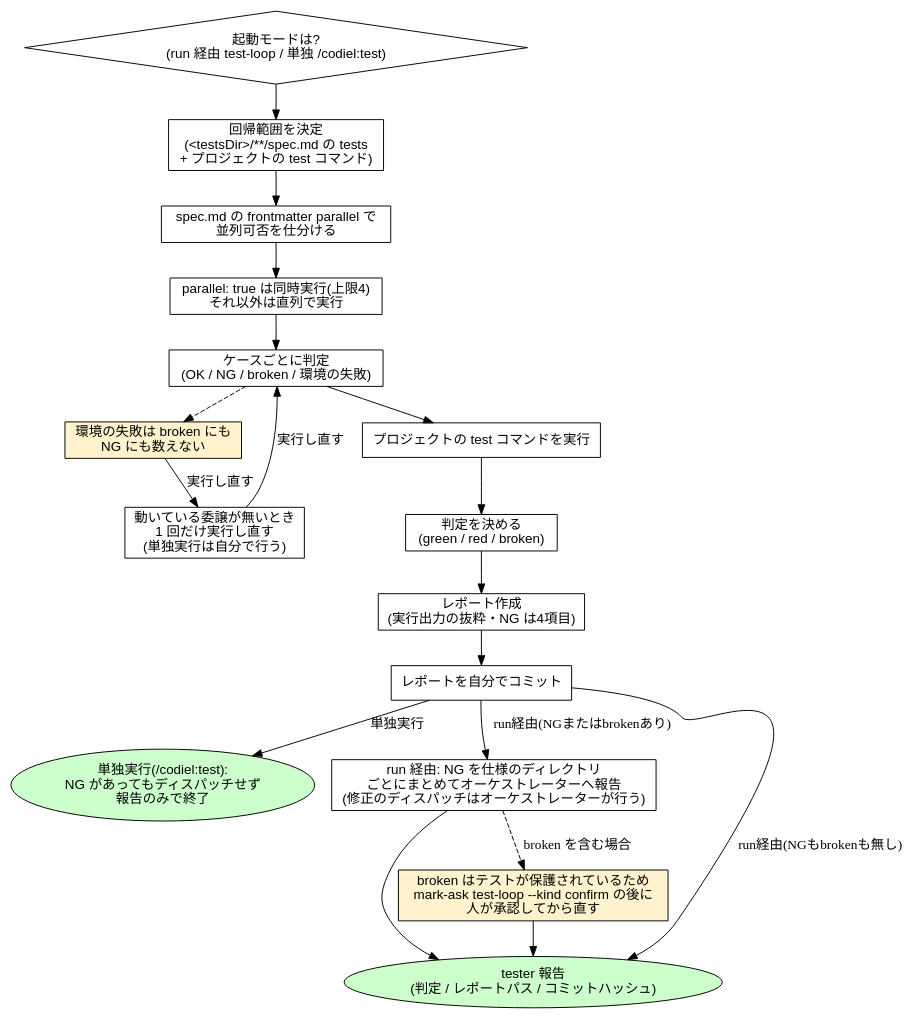
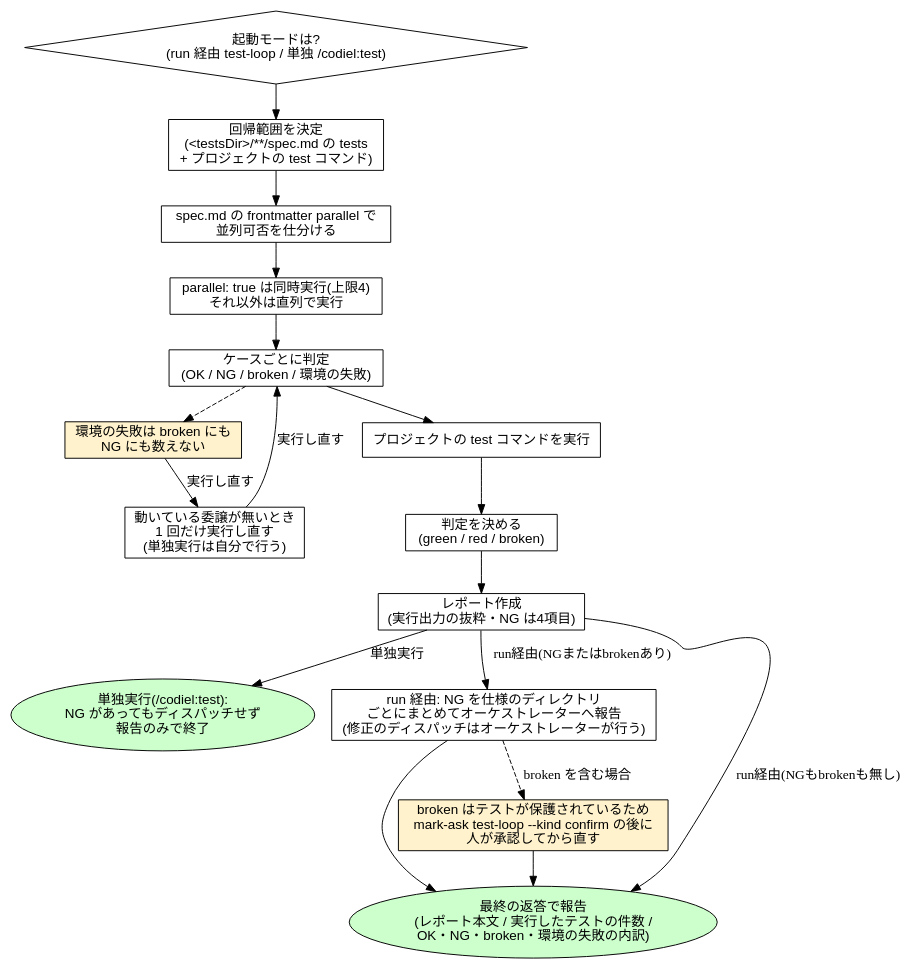
Before and after one commit to Amatsuka-kobo/amatsuka-claude-plugins: the eighth of 15 diagrams in plugins/codiel/docs/skill-flowcharts.md, drawn with Graphviz. The commit also changed 10 other files, not shown here.

````diff
--- a/plugins/codiel/docs/skill-flowcharts.md
+++ b/plugins/codiel/docs/skill-flowcharts.md
@@ -298,34 +298,33 @@
 ```dot
 digraph running_regression_tests {
   rankdir=TB;
   node [fontname="sans-serif"];
 
   mode [label="起動モードは?\n(run 経由 test-loop / 単独 /codiel:test)", shape=diamond];
   scope [label="回帰範囲を決定\n(<testsDir>/**/spec.md の tests\n+ プロジェクトの test コマンド)", shape=box];
   split [label="spec.md の frontmatter parallel で\n並列可否を仕分ける", shape=box];
   run_tests [label="parallel: true は同時実行(上限4)\nそれ以外は直列で実行", shape=box];
   judge [label="ケースごとに判定\n(OK / NG / broken / 環境の失敗)", shape=box];
   env_fail [label="環境の失敗は broken にも\nNG にも数えない", shape=box, style=filled, fillcolor="#fff2cc"];
   retry_env [label="動いている委譲が無いとき\n1 回だけ実行し直す\n(単独実行は自分で行う)", shape=box];
   run_cmd [label="プロジェクトの test コマンドを実行", shape=box];
   verdict [label="判定を決める\n(green / red / broken)", shape=box];
   report [label="レポート作成\n(実行出力の抜粋・NG は4項目)", shape=box];
-  commit [label="レポートを自分でコミット", shape=box];
   standalone_end [label="単独実行(/codiel:test):\nNG があってもディスパッチせず\n報告のみで終了", shape=ellipse, style=filled, fillcolor="#ccffcc"];
   report_ng [label="run 経由: NG を仕様のディレクトリ\nごとにまとめてオーケストレーターへ報告\n(修正のディスパッチはオーケストレーターが行う)", shape=box];
   broken_gate [label="broken はテストが保護されているため\nmark-ask test-loop --kind confirm の後に\n人が承認してから直す", shape=box, style=filled, fillcolor="#fff2cc"];
-  done [label="tester 報告\n(判定 / レポートパス / コミットハッシュ)", shape=ellipse, style=filled, fillcolor="#ccffcc"];
+  done [label="最終の返答で報告\n(レポート本文 / 実行したテストの件数 /\nOK・NG・broken・環境の失敗の内訳)", shape=ellipse, style=filled, fillcolor="#ccffcc"];
 
   mode -> scope;
   scope -> split -> run_tests -> judge;
   judge -> env_fail [style=dashed];
   env_fail -> retry_env -> judge [label="実行し直す"];
-  judge -> run_cmd -> verdict -> report -> commit;
-  commit -> standalone_end [label="単独実行"];
-  commit -> report_ng [label="run経由(NGまたはbrokenあり)"];
-  commit -> done [label="run経由(NGもbrokenも無し)"];
+  judge -> run_cmd -> verdict -> report;
+  report -> standalone_end [label="単独実行"];
+  report -> report_ng [label="run経由(NGまたはbrokenあり)"];
+  report -> done [label="run経由(NGもbrokenも無し)"];
   report_ng -> broken_gate [style=dashed, label="broken を含む場合"];
   report_ng -> done;
   broken_gate -> done;
 }
 ```
````
